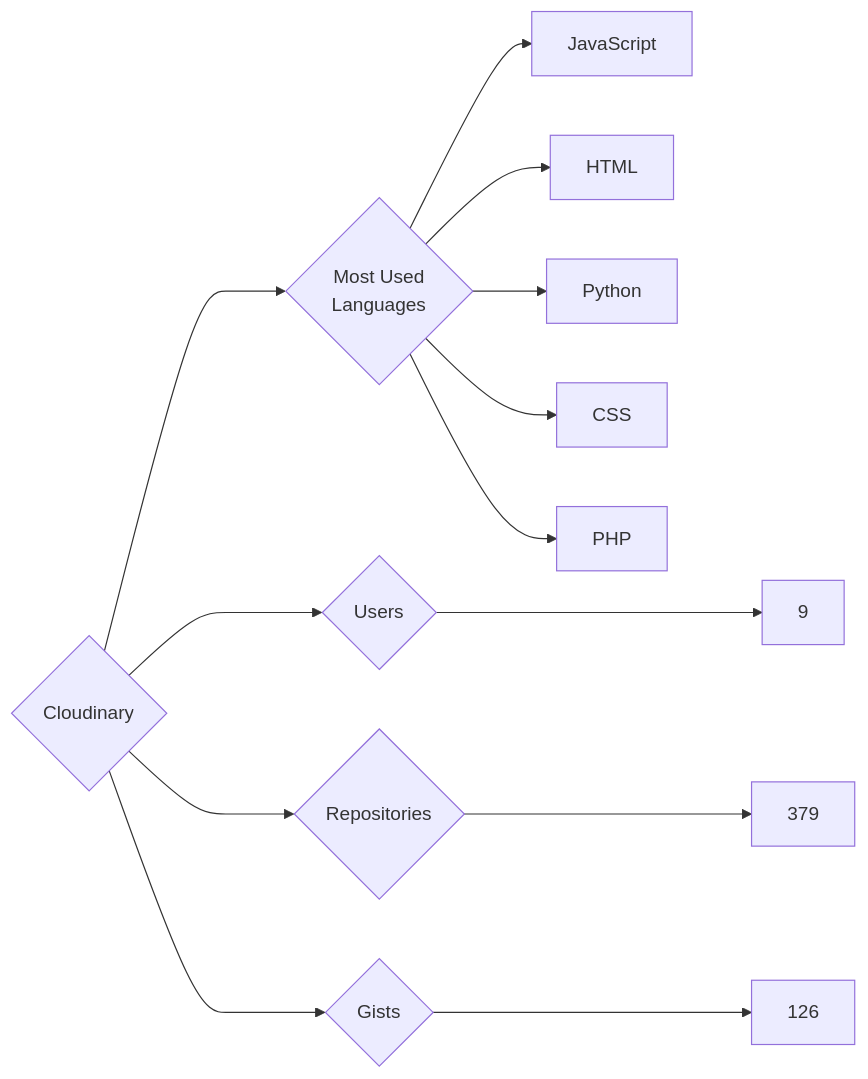
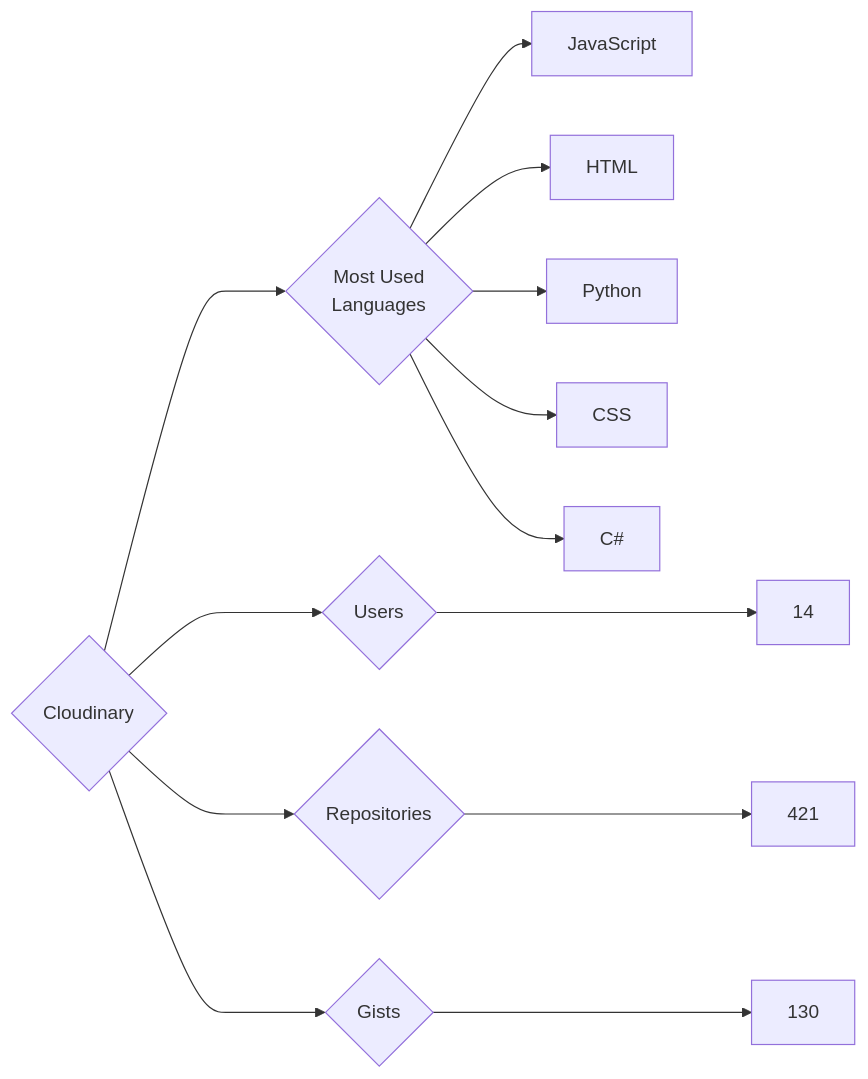
One commit to trickest/insiders changed the diagram in targets/Cloudinary/README.md. Above: the diagram before and after it, drawn with Mermaid. The commit also changed 1120 other files, not shown here.

````diff
--- a/targets/Cloudinary/README.md
+++ b/targets/Cloudinary/README.md
@@ -3,13 +3,13 @@
 ```mermaid
 graph LR
 COMPANY_NAME{Cloudinary}
-COMPANY_NAME ---> U{Users} ---> UN[9]
-COMPANY_NAME ---> R{Repositories} ---> RN[379]
-COMPANY_NAME ---> G{Gists} ---> GN[126]
+COMPANY_NAME ---> U{Users} ---> UN[14]
+COMPANY_NAME ---> R{Repositories} ---> RN[421]
+COMPANY_NAME ---> G{Gists} ---> GN[130]
 COMPANY_NAME ---> ML{Most Used<br>Languages}
 ML --> JavaScript[JavaScript]
 ML --> HTML[HTML]
 ML --> Python[Python]
 ML --> CSS[CSS]
-ML --> PHP[PHP]
+ML --> C#[C#]
 ```
````
